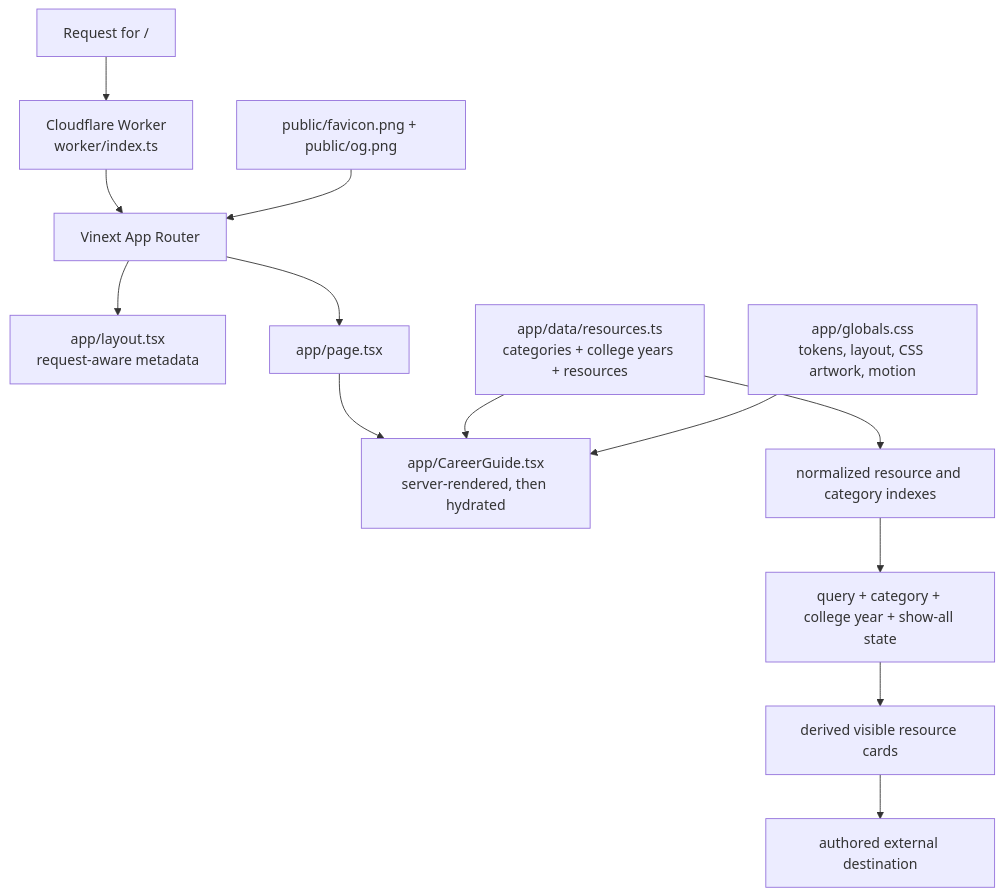
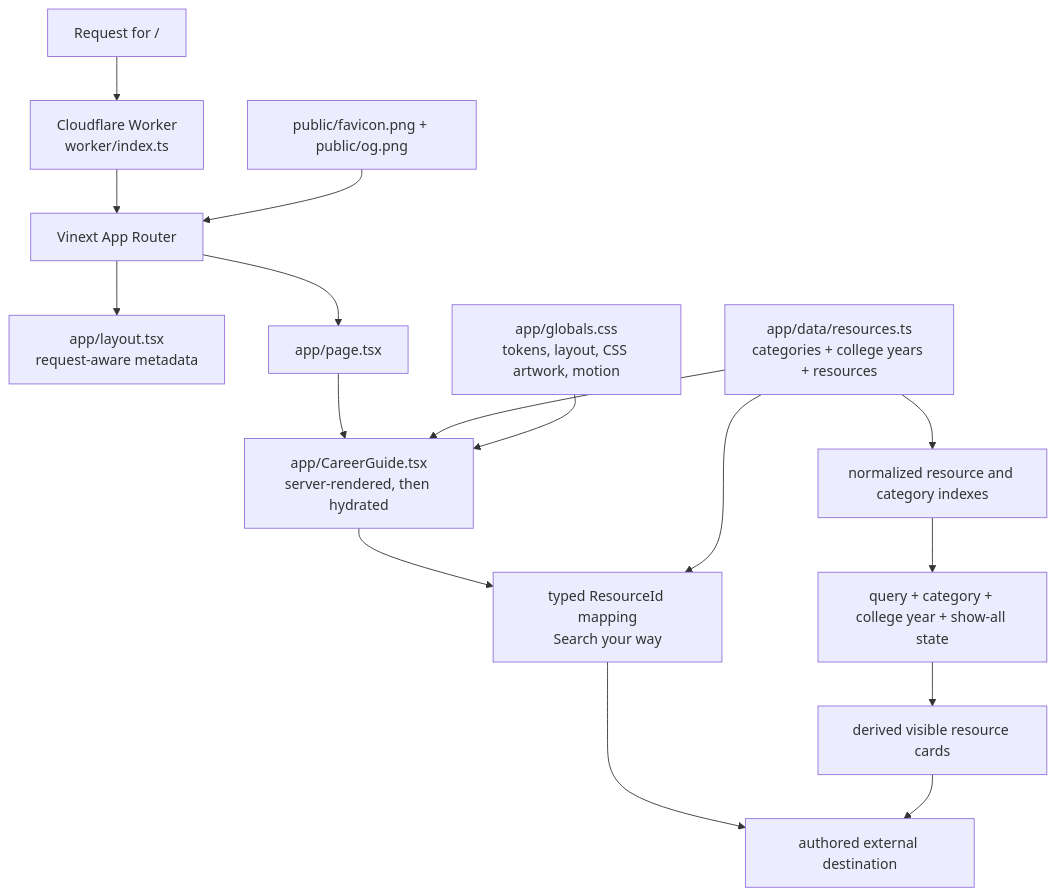
The first of 2 diagrams in ARCHITECTURE.md (ShauryaDas924/career-finder), drawn with Mermaid before and after one commit. The commit also changed other lines of this file and 16 other files, not shown here.

````diff
--- a/ARCHITECTURE.md
+++ b/ARCHITECTURE.md
@@ -9,17 +9,20 @@
 ```mermaid
 flowchart TD
     Request["Request for /"] --> Worker["Cloudflare Worker<br/>worker/index.ts"]
     Worker --> Router["Vinext App Router"]
     Router --> Layout["app/layout.tsx<br/>request-aware metadata"]
     Router --> Page["app/page.tsx"]
     Page --> Guide["app/CareerGuide.tsx<br/>server-rendered, then hydrated"]
 
     Data["app/data/resources.ts<br/>categories + college years + resources"] --> Guide
+    Guide --> Focused["typed ResourceId mapping<br/>Search your way"]
+    Data --> Focused
+    Focused --> External
     Data --> Indexes["normalized resource and category indexes"]
     Indexes --> Derived["query + category + college year + show-all state"]
     Derived --> Cards["derived visible resource cards"]
     Cards --> External["authored external destination"]
 
     CSS["app/globals.css<br/>tokens, layout, CSS artwork, motion"] --> Guide
     Public["public/favicon.png + public/og.png"] --> Router
 ```
````
